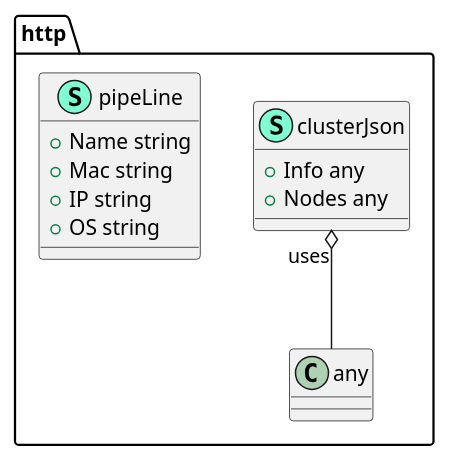
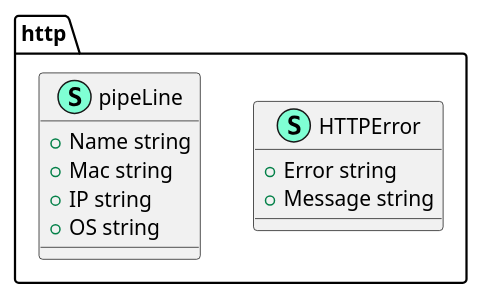
The diagram in docs/puml/http.puml (motangpuar/o2-ims-worker), drawn with PlantUML before and after one commit. The commit also changed 17 other files, not shown here.

```diff
--- a/docs/puml/http.puml
+++ b/docs/puml/http.puml
@@ -1,22 +1,21 @@
 @startuml
 top to bottom direction
 namespace http {
-    class "clusterJson" << (S,Aquamarine) >> {
-        + Info any
-        + Nodes any
+    class "HTTPError" << (S,Aquamarine) >> {
+        + Error string
+        + Message string
 
     }
     class "pipeLine" << (S,Aquamarine) >> {
         + Name string
         + Mac string
         + IP string
         + OS string
 
     }
 }
 
 
-"http.clusterJson""uses" o-- "http.any"
 
 
 @enduml
```
